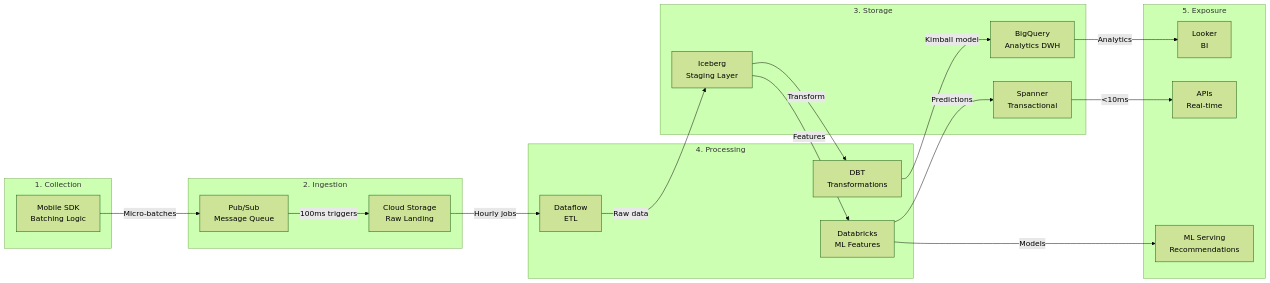
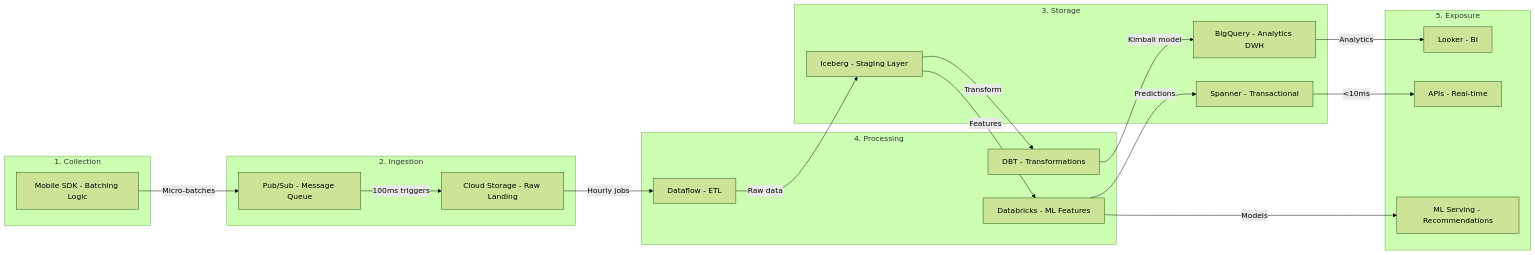
Before and after one commit to sitelight/jean-notes: the first of 18 diagrams in ARCHITECTURE.md, drawn with Mermaid (forest theme).

Commit message:
fixed diagram

````diff
--- a/ARCHITECTURE.md
+++ b/ARCHITECTURE.md
@@ -11,41 +11,41 @@
 ```mermaid
 graph LR
     subgraph "1. Collection"
-        SDK[Mobile SDK<br/>Batching Logic]
+        SDK[Mobile SDK - Batching Logic]
     end
     
     subgraph "2. Ingestion"
-        PS[Pub/Sub<br/>Message Queue]
-        CS[Cloud Storage<br/>Raw Landing]
+        PS[Pub/Sub - Message Queue]
+        CS[Cloud Storage - Raw Landing]
     end
     
     subgraph "3. Storage"
-        ICE[Iceberg<br/>Staging Layer]
-        BQ[BigQuery<br/>Analytics DWH]
-        SP[Spanner<br/>Transactional]
+        ICE[Iceberg - Staging Layer]
+        BQ[BigQuery - Analytics DWH]
+        SP[Spanner - Transactional]
     end
     
     subgraph "4. Processing"
-        DF[Dataflow<br/>ETL]
-        DBT[DBT<br/>Transformations]
-        DB[Databricks<br/>ML Features]
+        DF[Dataflow - ETL]
+        DBT[DBT - Transformations]
+        DB[Databricks - ML Features]
     end
     
     subgraph "5. Exposure"
-        LOOK[Looker<br/>BI]
-        API[APIs<br/>Real-time]
-        ML[ML Serving<br/>Recommendations]
+        LOOK[Looker - BI]
+        API[APIs - Real-time]
+        ML[ML Serving - Recommendations]
     end
     
     SDK -->|Micro-batches| PS
     PS -->|100ms triggers| CS
     CS -->|Hourly jobs| DF
     DF -->|Raw data| ICE
     ICE -->|Transform| DBT
     DBT -->|Kimball model| BQ
     ICE -->|Features| DB
     DB -->|Predictions| SP
     BQ -->|Analytics| LOOK
     SP -->|<10ms| API
     DB -->|Models| ML
 ```
````
